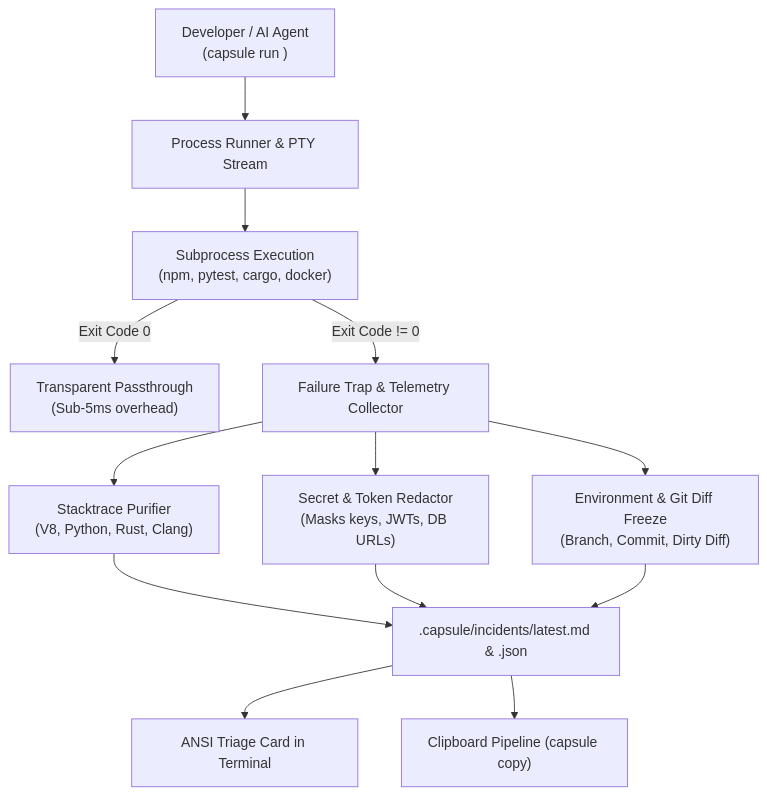
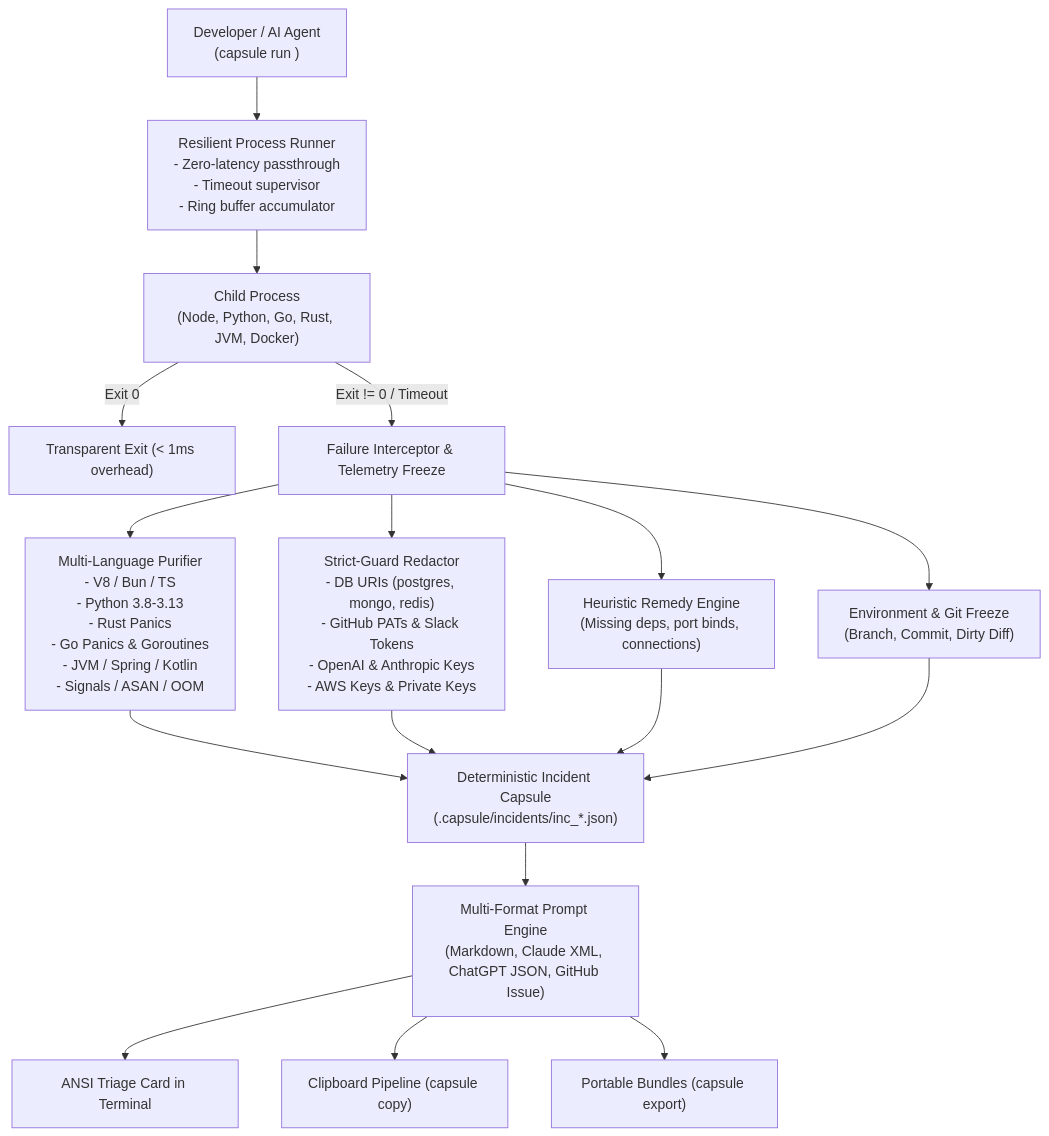
Before and after one commit to shenald-dev/capsule: the diagram in README.md, drawn with Mermaid. The commit also changed other lines of this file and 38 other files, not shown here.

Commit message:
feat: release v0.2.0 with multi-language purifiers, heuristic remedy engine, multi-format AI export, and timeout supervisor

````diff
--- a/README.md
+++ b/README.md
@@ -177,19 +212,23 @@
 ```mermaid
 flowchart TD
-    User["Developer / AI Agent\n(capsule run <cmd>)"] --> Runner["Process Runner & PTY Stream"]
-    Runner --> Subprocess["Subprocess Execution\n(npm, pytest, cargo, docker)"]
+    User["Developer / AI Agent\n(capsule run <cmd>)"] --> Runner["Resilient Process Runner\n- Zero-latency passthrough\n- Timeout supervisor\n- Ring buffer accumulator"]
+    Runner --> Subprocess["Child Process\n(Node, Python, Go, Rust, JVM, Docker)"]
     
-    Subprocess -->|Exit Code 0| Passthrough["Transparent Passthrough\n(Sub-5ms overhead)"]
-    Subprocess -->|Exit Code != 0| Trap["Failure Trap & Telemetry Collector"]
+    Subprocess -->|Exit 0| Passthrough["Transparent Exit (< 1ms overhead)"]
+    Subprocess -->|Exit != 0 / Timeout| Trap["Failure Interceptor & Telemetry Freeze"]
     
-    Trap --> Purifier["Stacktrace Purifier\n(V8, Python, Rust, Clang)"]
-    Trap --> Redactor["Secret & Token Redactor\n(Masks keys, JWTs, DB URLs)"]
-    Trap --> GitEnv["Environment & Git Diff Freeze\n(Branch, Commit, Dirty Diff)"]
+    Trap --> Purifier["Multi-Language Purifier\n- V8 / Bun / TS\n- Python 3.8-3.13\n- Rust Panics\n- Go Panics & Goroutines\n- JVM / Spring / Kotlin\n- Signals / ASAN / OOM"]
+    Trap --> Redactor["Strict-Guard Redactor\n- DB URIs (postgres, mongo, redis)\n- GitHub PATs & Slack Tokens\n- OpenAI & Anthropic Keys\n- AWS Keys & Private Keys"]
+    Trap --> Analyzer["Heuristic Remedy Engine\n(Missing deps, port binds, connections)"]
+    Trap --> GitEnv["Environment & Git Freeze\n(Branch, Commit, Dirty Diff)"]
     
-    Purifier --> Capsule[".capsule/incidents/latest.md & .json"]
-    Redactor --> Capsule
-    GitEnv --> Capsule
+    Purifier --> CapsuleModel["Deterministic Incident Capsule\n(.capsule/incidents/inc_*.json)"]
+    Redactor --> CapsuleModel
+    Analyzer --> CapsuleModel
+    GitEnv --> CapsuleModel
     
-    Capsule --> TerminalCard["ANSI Triage Card in Terminal"]
-    Capsule --> Clipboard["Clipboard Pipeline (capsule copy)"]
+    CapsuleModel --> Formatter["Multi-Format Prompt Engine\n(Markdown, Claude XML, ChatGPT JSON, GitHub Issue)"]
+    Formatter --> Terminal["ANSI Triage Card in Terminal"]
+    Formatter --> Clipboard["Clipboard Pipeline (capsule copy)"]
+    Formatter --> Export["Portable Bundles (capsule export)"]
 ```
````
